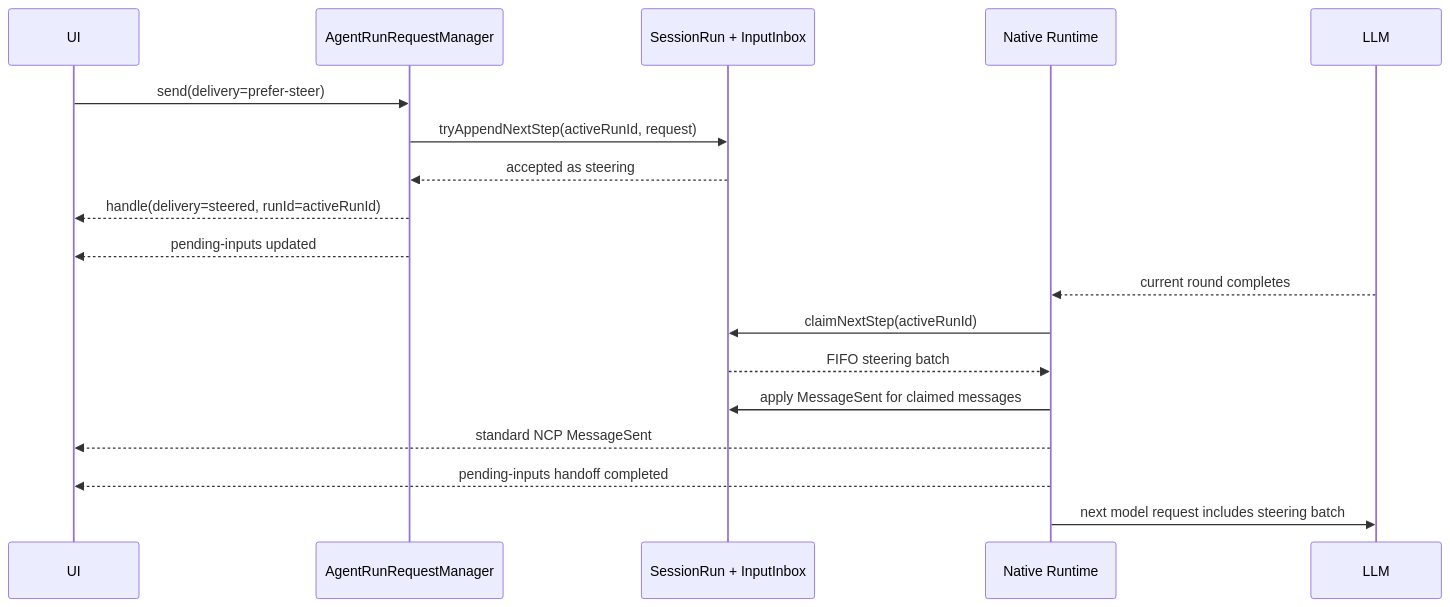
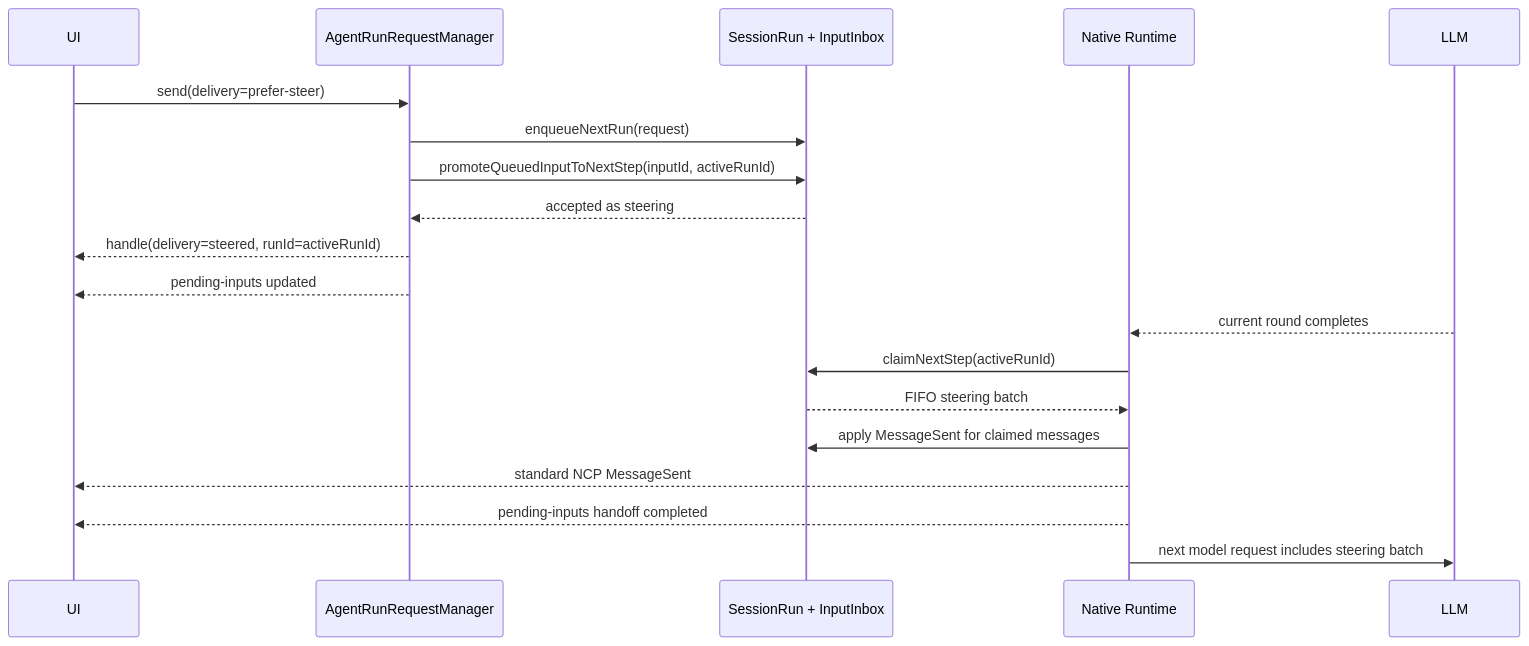
One commit to Peiiii/nextclaw changed the diagram in docs/designs/2026-08-20-session-run-steering.design.md. Above: the diagram before and after it, drawn with Mermaid. The commit also changed other lines of this file and 14 other files, not shown here.

````diff
--- a/docs/designs/2026-08-20-session-run-steering.design.md
+++ b/docs/designs/2026-08-20-session-run-steering.design.md
@@ -253,21 +255,22 @@
 ```mermaid
 sequenceDiagram
   participant UI
   participant ARM as AgentRunRequestManager
   participant SR as SessionRun + InputInbox
   participant RT as Native Runtime
   participant LLM
 
   UI->>ARM: send(delivery=prefer-steer)
-  ARM->>SR: tryAppendNextStep(activeRunId, request)
+  ARM->>SR: enqueueNextRun(request)
+  ARM->>SR: promoteQueuedInputToNextStep(inputId, activeRunId)
   SR-->>ARM: accepted as steering
   ARM-->>UI: handle(delivery=steered, runId=activeRunId)
   ARM-->>UI: pending-inputs updated
   LLM-->>RT: current round completes
   RT->>SR: claimNextStep(activeRunId)
   SR-->>RT: FIFO steering batch
   RT->>SR: apply MessageSent for claimed messages
   RT-->>UI: standard NCP MessageSent
   RT-->>UI: pending-inputs handoff completed
   RT->>LLM: next model request includes steering batch
 ```
````
